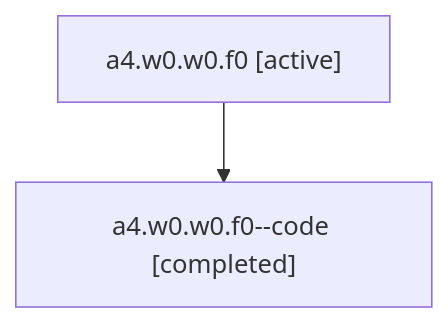
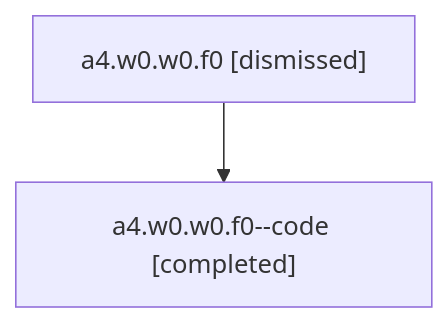
The diagram in sessions/bbugyi200.athena.a4.w0.w0.f0.md (sase-org/sase--agents), drawn with Mermaid before and after one commit. The commit also changed other lines of this file and 35 other files, not shown here.

````diff
--- a/sessions/bbugyi200.athena.a4.w0.w0.f0.md
+++ b/sessions/bbugyi200.athena.a4.w0.w0.f0.md
@@ -9,6 +9,6 @@
 ```mermaid
 flowchart TD
-  n0["a4.w0.w0.f0 [active]"]
+  n0["a4.w0.w0.f0 [dismissed]"]
   n1["a4.w0.w0.f0--code [completed]"]
   n0 --> n1
 ```
````
